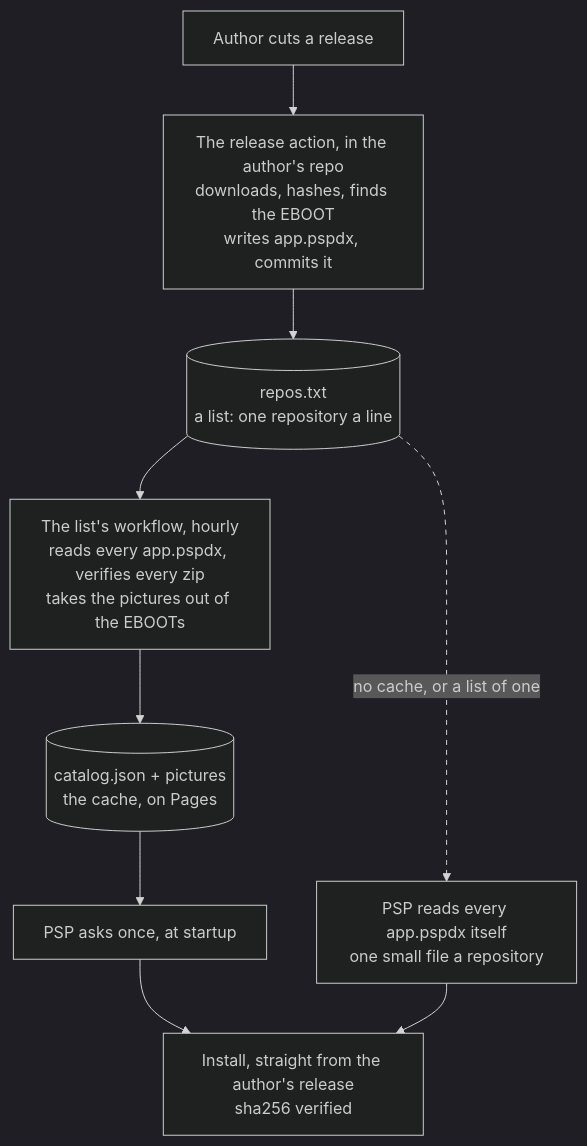
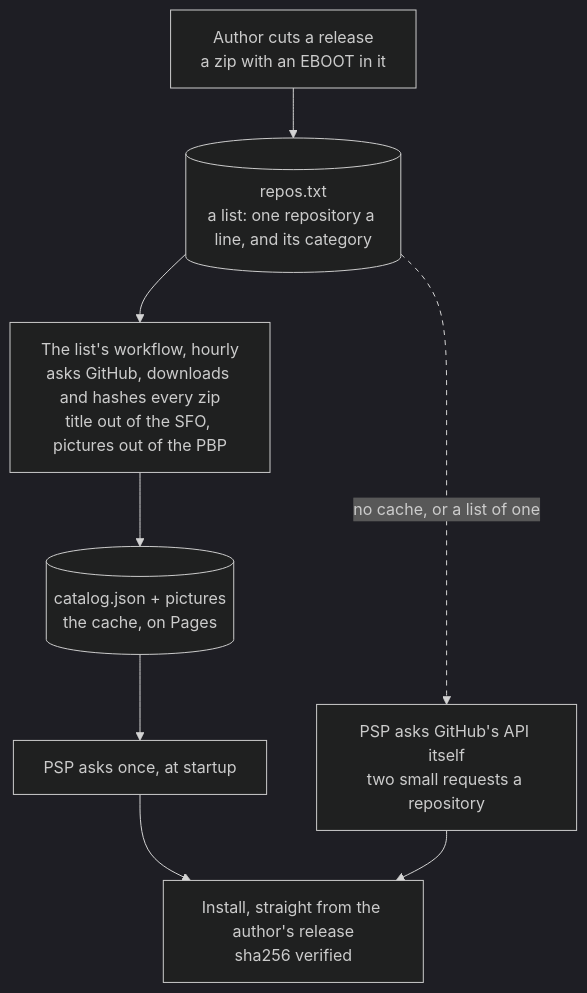
Before and after one commit to chriopter/pspdx: the diagram in architecture.md, drawn with Mermaid (dark theme). The commit also changed other lines of this file and 21 other files, not shown here.

````diff
--- a/architecture.md
+++ b/architecture.md
@@ -13,12 +13,11 @@
 ```mermaid
 flowchart TD
-    A["Author cuts a release"] --> B["The release action, in the author's repo<br/>downloads, hashes, finds the EBOOT<br/>writes app.pspdx, commits it"]
-    B --> L[("repos.txt<br/>a list: one repository a line")]
-    L --> C["The list's workflow, hourly<br/>reads every app.pspdx, verifies every zip<br/>takes the pictures out of the EBOOTs"]
+    A["Author cuts a release<br/>a zip with an EBOOT in it"] --> L[("repos.txt<br/>a list: one repository a line, and its category")]
+    L --> C["The list's workflow, hourly<br/>asks GitHub, downloads and hashes every zip<br/>title out of the SFO, pictures out of the PBP"]
     C --> D[("catalog.json + pictures<br/>the cache, on Pages")]
     D --> E["PSP asks once, at startup"]
-    L -. "no cache, or a list of one" .-> F["PSP reads every app.pspdx itself<br/>one small file a repository"]
+    L -. "no cache, or a list of one" .-> F["PSP asks GitHub's API itself<br/>two small requests a repository"]
     E --> G["Install, straight from the author's release<br/>sha256 verified"]
     F --> G
-    linkStyle 5 stroke-dasharray:5
+    linkStyle 4 stroke-dasharray:5
 ```
````
